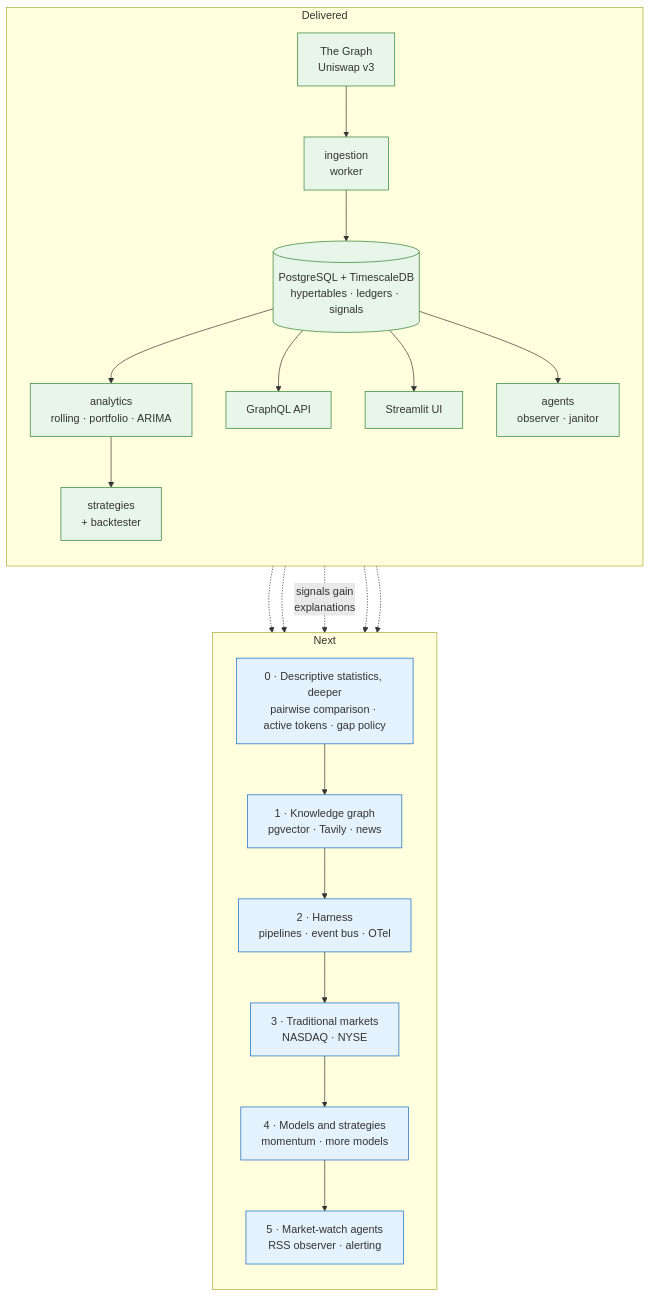
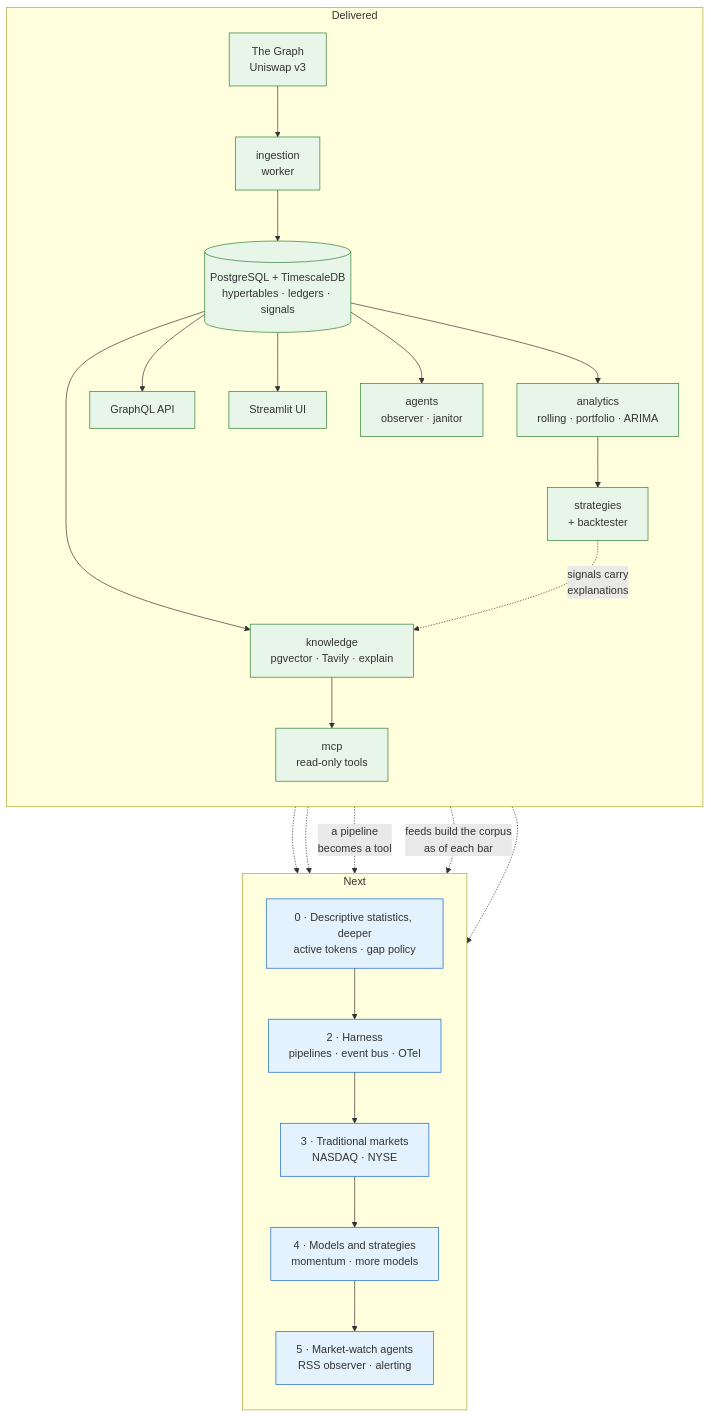
Before and after one commit to stamzid/candlegraph: the diagram in docs/roadmap/DESIGN.md, drawn with Mermaid. The commit also changed other lines of this file and 35 other files, not shown here.

````diff
--- a/docs/roadmap/DESIGN.md
+++ b/docs/roadmap/DESIGN.md
@@ -34,35 +35,37 @@
 ```mermaid
 flowchart TB
   subgraph built["Delivered"]
     direction TB
     G["The Graph<br/>Uniswap v3"] --> ING["ingestion<br/>worker"]
     ING --> DB[("PostgreSQL + TimescaleDB<br/>hypertables · ledgers · signals")]
     DB --> AN["analytics<br/>rolling · portfolio · ARIMA"]
     AN --> ST["strategies<br/>+ backtester"]
     DB --> API["GraphQL API"]
     DB --> UI["Streamlit UI"]
     DB --> AG["agents<br/>observer · janitor"]
+    DB --> KG["knowledge<br/>pgvector · Tavily · explain"]
+    KG --> MCP["mcp<br/>read-only tools"]
   end
 
   subgraph next["Next"]
     direction TB
-    DS["0 · Descriptive statistics, deeper<br/>pairwise comparison · active tokens · gap policy"]
-    KG["1 · Knowledge graph<br/>pgvector · Tavily · news"]
+    DS["0 · Descriptive statistics, deeper<br/>active tokens · gap policy"]
     H["2 · Harness<br/>pipelines · event bus · OTel"]
     TM["3 · Traditional markets<br/>NASDAQ · NYSE"]
     MS["4 · Models and strategies<br/>momentum · more models"]
     MA["5 · Market-watch agents<br/>RSS observer · alerting"]
-    DS --> KG --> H --> TM --> MS --> MA
+    DS --> H --> TM --> MS --> MA
   end
 
   AN -.-> DS
-  DB -.-> KG
-  ST -.->|"signals gain<br/>explanations"| KG
+  ST -.->|"signals carry<br/>explanations"| KG
   ING -.-> H
+  MCP -.->|"a pipeline<br/>becomes a tool"| H
+  KG -.->|"feeds build the corpus<br/>as of each bar"| MA
   AG -.-> MA
 
   classDef done fill:#e8f5e9,stroke:#2e7d32
   classDef todo fill:#e3f2fd,stroke:#1565c0
-  class G,ING,DB,AN,ST,API,UI,AG done
-  class DS,KG,H,TM,MS,MA todo
+  class G,ING,DB,AN,ST,API,UI,AG,KG,MCP done
+  class DS,H,TM,MS,MA todo
 ```
````
